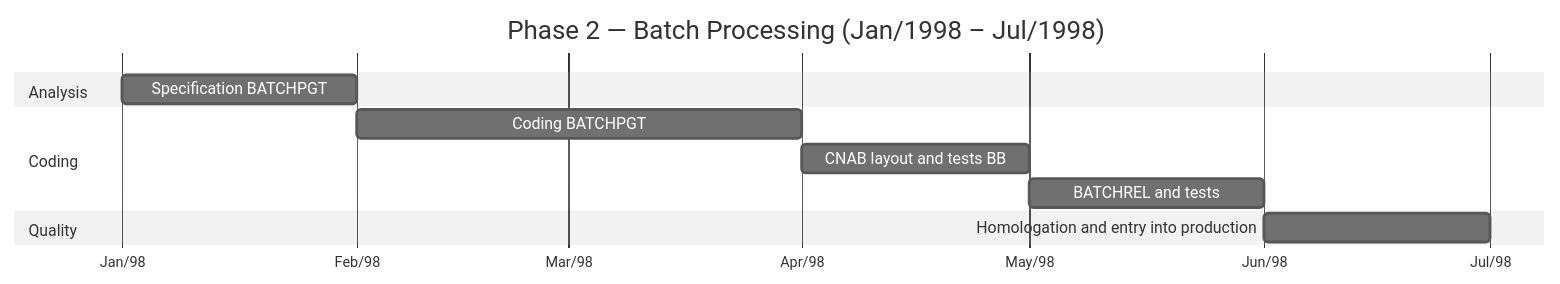
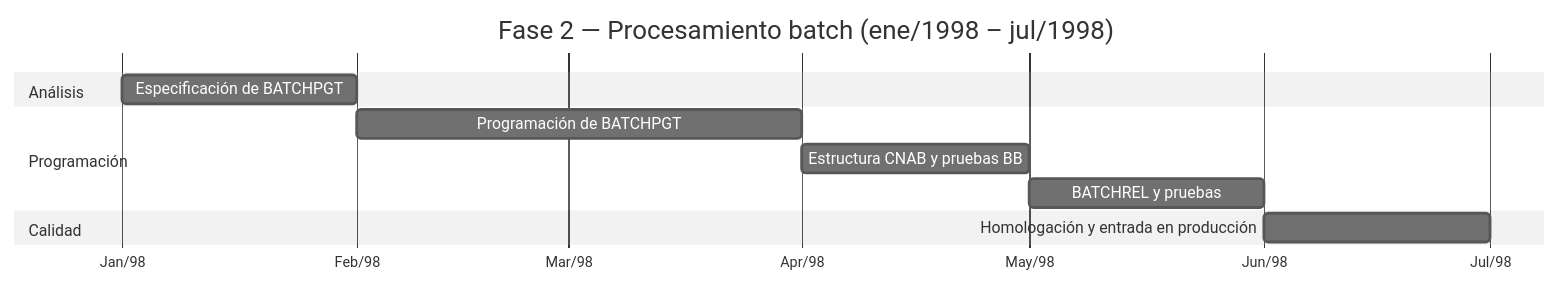
The sixth of 6 diagrams in 01-archaeology/legacy-sifap/legacy-docs/ORIGINAL-ARCHITECTURE-1997.md (paulasilvatech/datacorp-sifap-team-kit-pt-br), drawn with Mermaid before and after one commit. The commit also changed other lines of this file and 386 other files, not shown here.

````diff
--- a/01-archaeology/legacy-sifap/legacy-docs/ORIGINAL-ARCHITECTURE-1997.md
+++ b/01-archaeology/legacy-sifap/legacy-docs/ORIGINAL-ARCHITECTURE-1997.md
@@ -503,18 +503,18 @@
 ```mermaid
 %%{init: {'theme':'neutral','themeVariables':{'fontFamily':'ui-sans-serif, system-ui, sans-serif','primaryColor':'#F5F5F5','primaryTextColor':'#171717','primaryBorderColor':'#171717','lineColor':'#525252','secondaryColor':'#FFFFFF','tertiaryColor':'#FAFAFA','background':'#FFFFFF'}}}%%
 gantt
-    title Phase 2 — Batch Processing (Jan/1998 – Jul/1998)
+    title Fase 2 — Procesamiento batch (ene/1998 – jul/1998)
     dateFormat YYYY-MM
     axisFormat %b/%y
 
-    section Analysis
-    Specification BATCHPGT :b1, 1998-01, 1M
+    section Análisis
+    Especificación de BATCHPGT :b1, 1998-01, 1M
 
-    section Coding
-    Coding BATCHPGT :b2, 1998-02, 2M
-    CNAB layout and tests BB :b3, 1998-04, 1M
-    BATCHREL and tests :b4, 1998-05, 1M
+    section Programación
+    Programación de BATCHPGT :b2, 1998-02, 2M
+    Estructura CNAB y pruebas BB :b3, 1998-04, 1M
+    BATCHREL y pruebas :b4, 1998-05, 1M
 
-    section Quality
-    Homologation and entry into production:b5, 1998-06, 1M
+    section Calidad
+    Homologación y entrada en producción:b5, 1998-06, 1M
 ```
````
